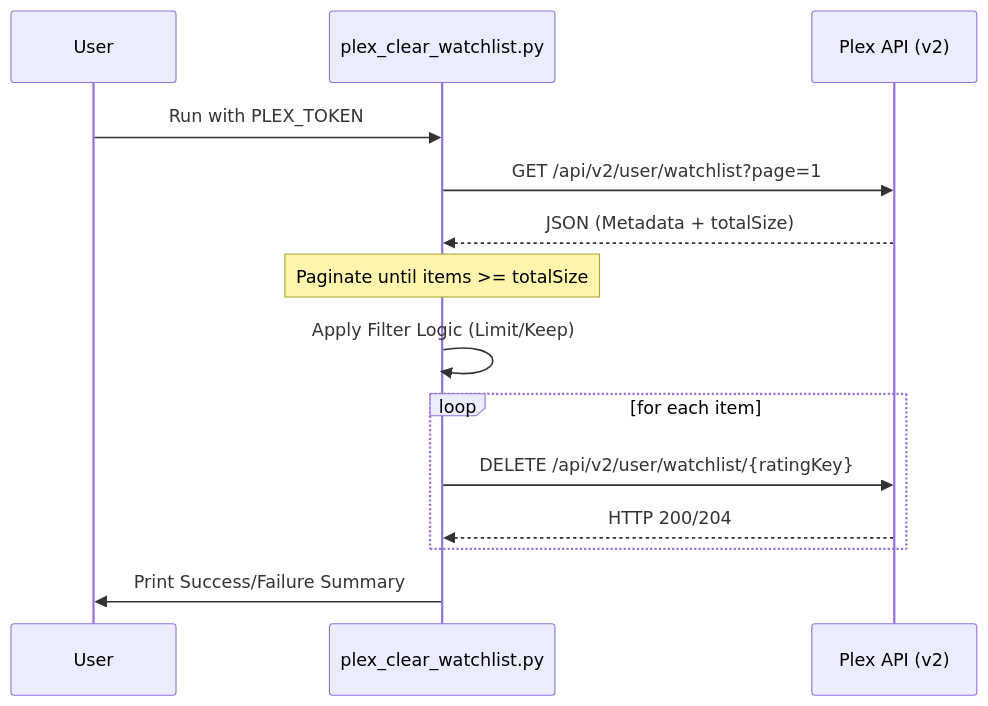
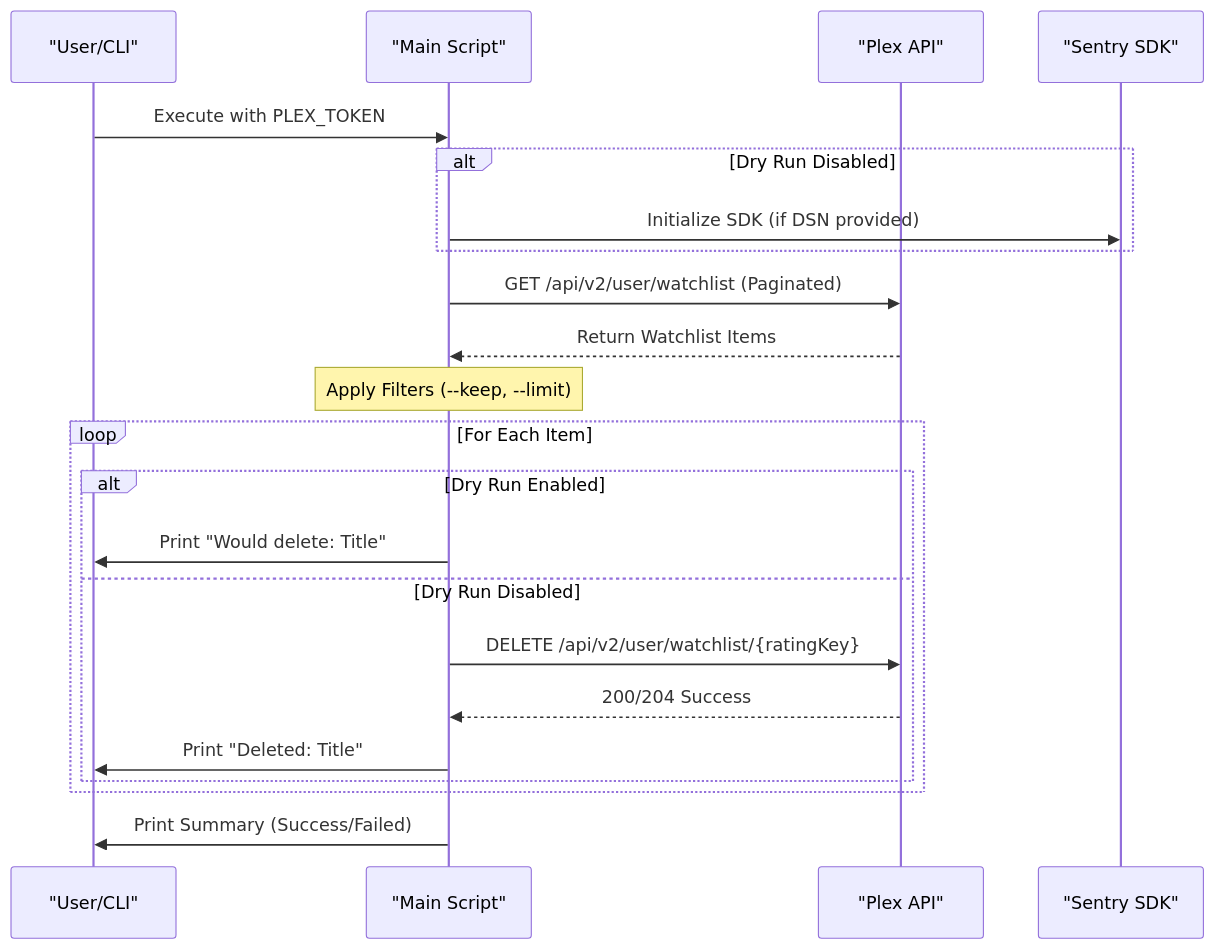
Before and after one commit to Avkroken/Docker-idempotent-update: the first of 2 diagrams in .cubic/wiki/01-sec-overview/03-page-use-cases.md, drawn with Mermaid. The commit also changed other lines of this file and 42 other files, not shown here.

````diff
--- a/.cubic/wiki/01-sec-overview/03-page-use-cases.md
+++ b/.cubic/wiki/01-sec-overview/03-page-use-cases.md
@@ -97,17 +32,27 @@
 ```mermaid
 sequenceDiagram
-    participant User
-    participant Script as plex_clear_watchlist.py
-    participant Plex as Plex API (v2)
+    participant User as "User/CLI"
+    participant Script as "Main Script"
+    participant Plex as "Plex API"
+    participant Sentry as "Sentry SDK"
 
-    User->>Script: Run with PLEX_TOKEN
-    Script->>Plex: GET /api/v2/user/watchlist?page=1
-    Plex-->>Script: JSON (Metadata + totalSize)
-    Note over Script: Paginate until items >= totalSize
-    Script->>Script: Apply Filter Logic (Limit/Keep)
-    loop for each item
-        Script->>Plex: DELETE /api/v2/user/watchlist/{ratingKey}
-        Plex-->>Script: HTTP 200/204
+    User->>Script: Execute with PLEX_TOKEN
+    alt Dry Run Disabled
+        Script->>Sentry: Initialize SDK (if DSN provided)
     end
-    Script->>User: Print Success/Failure Summary
+    Script->>Plex: GET /api/v2/user/watchlist (Paginated)
+    Plex-->>Script: Return Watchlist Items
+    
+    Note over Script: Apply Filters (--keep, --limit)
+    
+    loop For Each Item
+        alt Dry Run Enabled
+            Script->>User: Print "Would delete: Title"
+        else Dry Run Disabled
+            Script->>Plex: DELETE /api/v2/user/watchlist/{ratingKey}
+            Plex-->>Script: 200/204 Success
+            Script->>User: Print "Deleted: Title"
+        end
+    end
+    Script->>User: Print Summary (Success/Failed)
 ```
````
